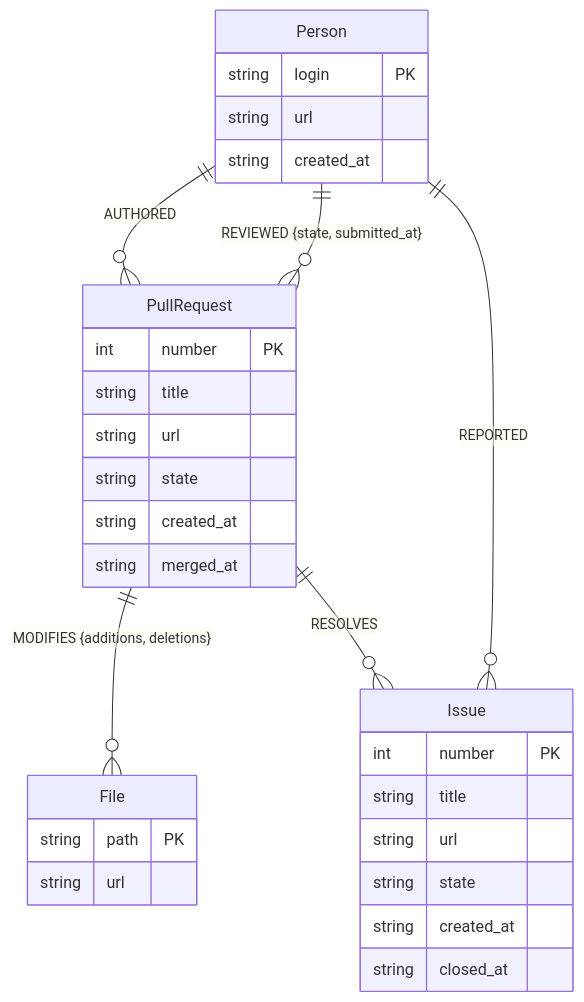
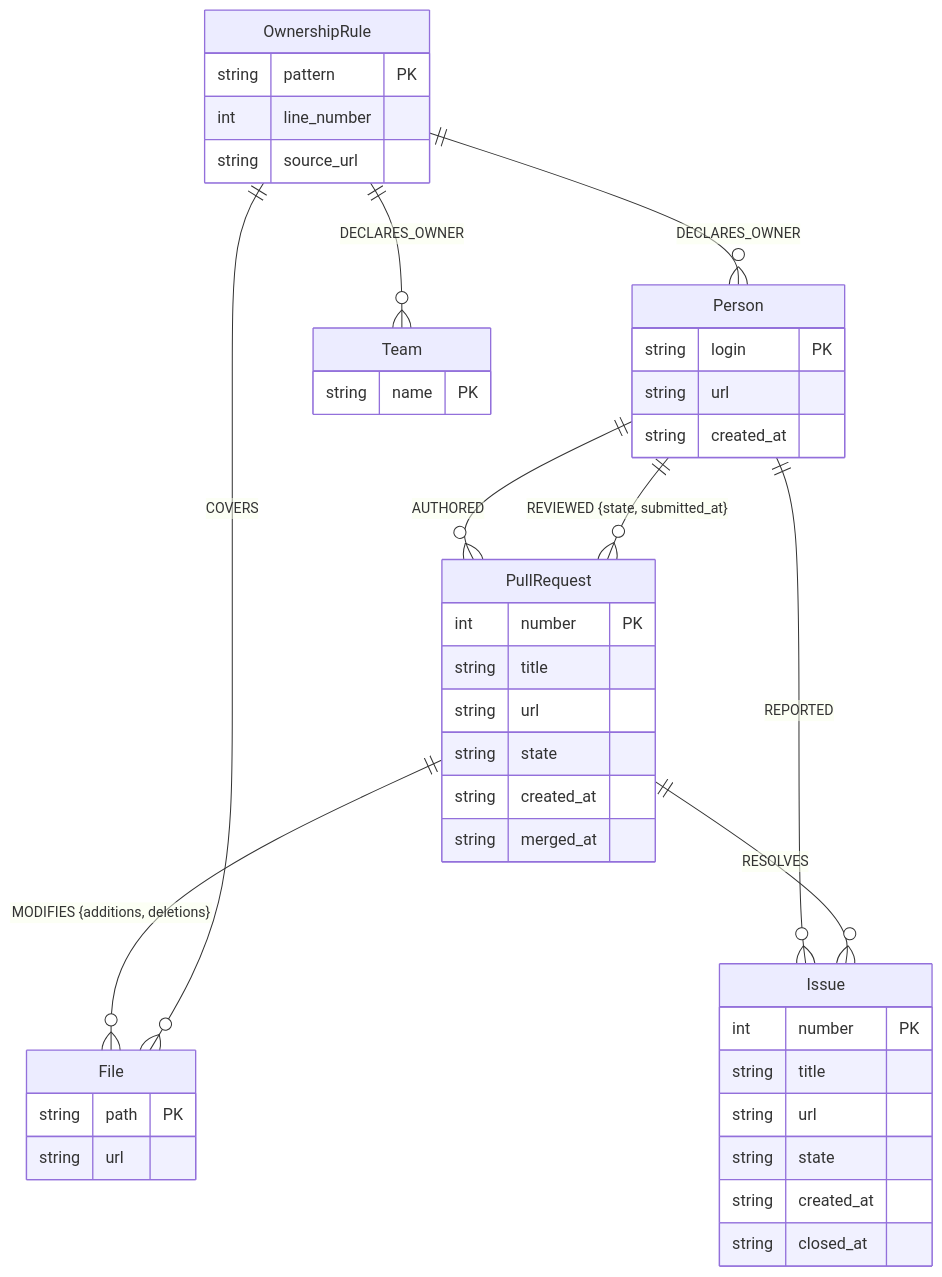
The second of 2 diagrams in README.md (saksham-AI500/Graph_Hackathon-Company-Brain-), drawn with Mermaid before and after one commit. The commit also changed other lines of this file and 2 other files, not shown here.

````diff
--- a/README.md
+++ b/README.md
@@ -102,34 +105,45 @@
 ```mermaid
 erDiagram
     Person ||--o{ PullRequest : "AUTHORED"
     Person ||--o{ PullRequest : "REVIEWED {state, submitted_at}"
     Person ||--o{ Issue : "REPORTED"
     PullRequest ||--o{ File : "MODIFIES {additions, deletions}"
     PullRequest ||--o{ Issue : "RESOLVES"
+    OwnershipRule ||--o{ Team : "DECLARES_OWNER"
+    OwnershipRule ||--o{ Person : "DECLARES_OWNER"
+    OwnershipRule ||--o{ File : "COVERS"
 
     Person {
         string login PK
         string url
         string created_at
     }
     PullRequest {
         int number PK
         string title
         string url
         string state
         string created_at
         string merged_at
     }
     Issue {
         int number PK
         string title
         string url
         string state
         string created_at
         string closed_at
     }
     File {
         string path PK
         string url
     }
+    OwnershipRule {
+        string pattern PK
+        int line_number
+        string source_url
+    }
+    Team {
+        string name PK
+    }
 ```
````
